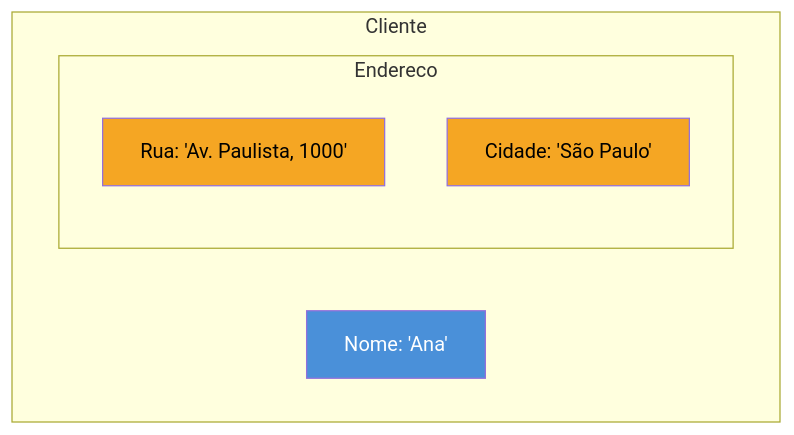
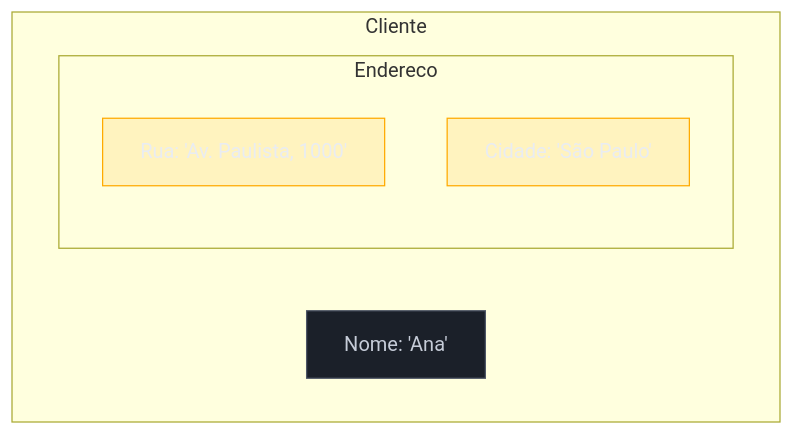
The second of 2 diagrams in 03-Dominios/Tecnologia/Go/02 - Tipos, structs e métodos/01 - Structs — definição e inicialização.md (josenaldo/codex-technomanticus), drawn with Mermaid before and after one commit. The commit also changed other lines of this file and 1181 other files, not shown here.

First line of the commit message:
fix(diagramas): paleta do sistema no lugar de cor cravada no markdown

````diff
--- a/03-Dominios/Tecnologia/Go/02 - Tipos, structs e métodos/01 - Structs — definição e inicialização.md
+++ b/03-Dominios/Tecnologia/Go/02 - Tipos, structs e métodos/01 - Structs — definição e inicialização.md
@@ -185,14 +187,16 @@
 ```mermaid
 flowchart TB
+    classDef neutro fill:#1B2029,stroke:#4E5666,color:#C6CCD8
+    classDef destaque fill:#FFAA0024,stroke:#FFAA00,color:#E9ECF2
     subgraph Cliente["Cliente"]
         Nome["Nome: 'Ana'"]
         subgraph End["Endereco"]
             Rua["Rua: 'Av. Paulista, 1000'"]
             Cidade["Cidade: 'São Paulo'"]
         end
     end
 
-    style Nome fill:#4A90D9,color:#fff
-    style Rua fill:#F5A623,color:#000
-    style Cidade fill:#F5A623,color:#000
+    class Nome neutro
+    class Rua destaque
+    class Cidade destaque
 ```
````
